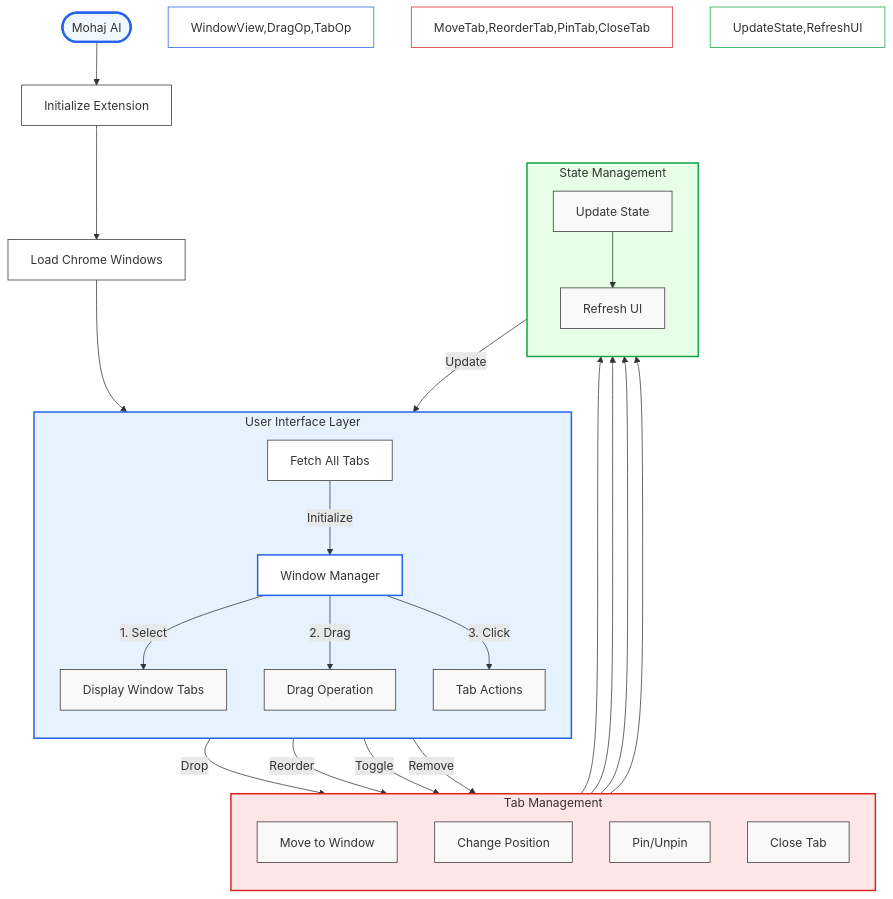
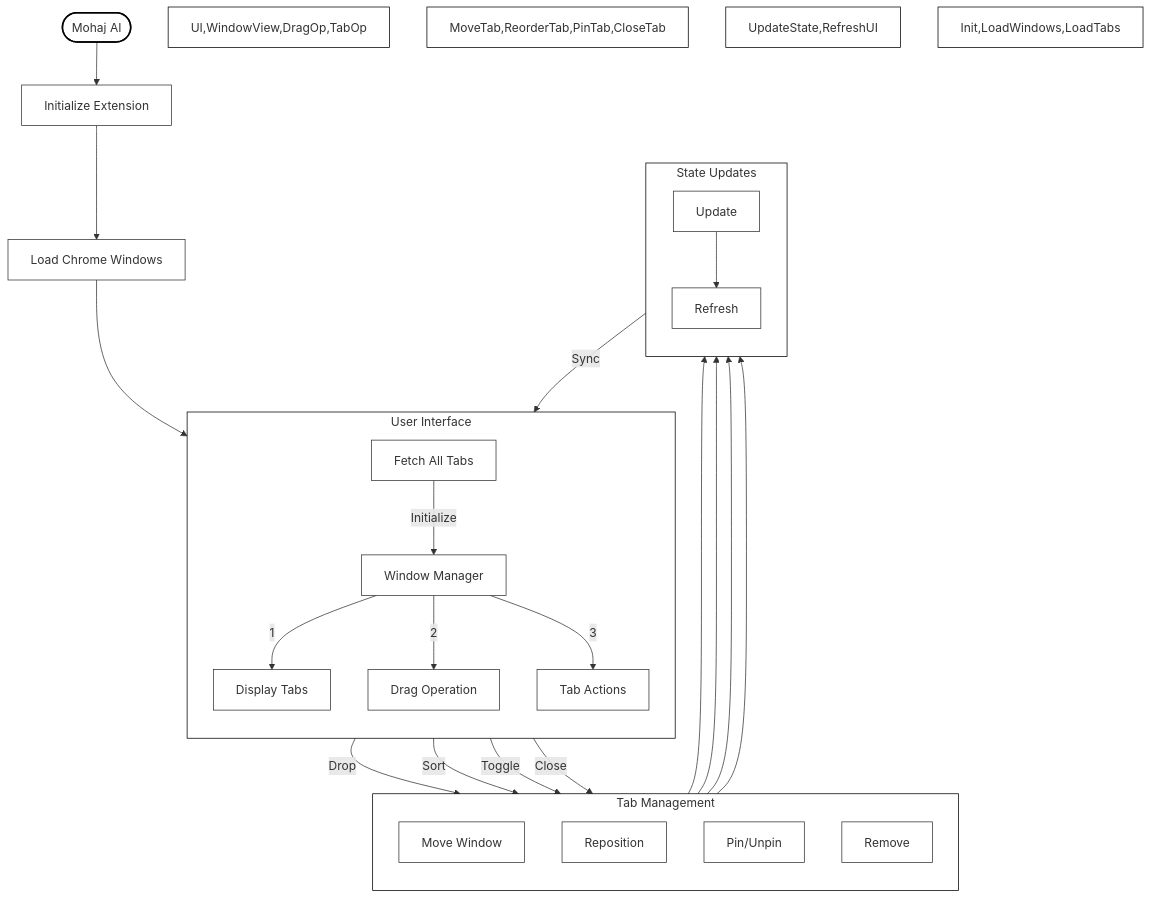
Before and after one commit to moelhaj996/AI-Powered-Tab-Manager-Organizer: the diagram in README.md, drawn with Mermaid.

````diff
--- a/README.md
+++ b/README.md
@@ -5,54 +5,50 @@
 ```mermaid
 flowchart TD
     %% Initialization Process
     Start([Mohaj AI]) --> Init[Initialize Extension]
     Init --> LoadWindows[Load Chrome Windows]
     LoadWindows --> LoadTabs[Fetch All Tabs]
     
-    %% User Interface Layer with rounded edges
-    subgraph User_Interface[" User Interface Layer "]
+    %% User Interface Layer
+    subgraph User_Interface[" User Interface "]
         direction TB
         LoadTabs --> |Initialize| UI[Window Manager]
-        UI --> |"1. Select"| WindowView["Display Window Tabs"]
-        UI --> |"2. Drag"| DragOp["Drag Operation"]
-        UI --> |"3. Click"| TabOp["Tab Actions"]
+        UI --> |"1"| WindowView["Display Tabs"]
+        UI --> |"2"| DragOp["Drag Operation"]
+        UI --> |"3"| TabOp["Tab Actions"]
     end
 
-    %% Tab Operations with clear actions
+    %% Tab Operations
     subgraph Tab_Operations[" Tab Management "]
         direction TB
-        DragOp --> |"Drop"| MoveTab["Move to Window"]
-        DragOp --> |"Reorder"| ReorderTab["Change Position"]
+        DragOp --> |"Drop"| MoveTab["Move Window"]
+        DragOp --> |"Sort"| ReorderTab["Reposition"]
         TabOp --> |"Toggle"| PinTab["Pin/Unpin"]
-        TabOp --> |"Remove"| CloseTab["Close Tab"]
+        TabOp --> |"Close"| CloseTab["Remove"]
     end
 
-    %% State Management with feedback loop
-    subgraph State_Updates[" State Management "]
+    %% State Management
+    subgraph State_Updates[" State Updates "]
         direction TB
-        MoveTab & ReorderTab & PinTab & CloseTab --> UpdateState["Update State"]
-        UpdateState --> RefreshUI["Refresh UI"]
-        RefreshUI --> |"Update"| UI
+        MoveTab & ReorderTab & PinTab & CloseTab --> UpdateState["Update"]
+        UpdateState --> RefreshUI["Refresh"]
+        RefreshUI --> |"Sync"| UI
     end
 
     %% Styling
-    classDef default fill:#f9f9f9,stroke:#333,stroke-width:1px
-    classDef start fill:#f0f8ff,stroke:#2563eb,stroke-width:3px
-    classDef process fill:#ffffff,stroke:#333,stroke-width:1px
+    classDef default fill:white,stroke:#333,stroke-width:1px
+    classDef start fill:white,stroke:#000,stroke-width:2px
     
     class Start start
-    class Init,LoadWindows,LoadTabs process
     
     %% Subgraph styling
-    style User_Interface fill:#e6f3ff,stroke:#2563eb,stroke-width:2px
-    style Tab_Operations fill:#ffe6e6,stroke:#dc2626,stroke-width:2px
-    style State_Updates fill:#e6ffe6,stroke:#16a34a,stroke-width:2px
+    style User_Interface fill:white,stroke:#000,stroke-width:1px
+    style Tab_Operations fill:white,stroke:#000,stroke-width:1px
+    style State_Updates fill:white,stroke:#000,stroke-width:1px
     
-    %% Node styling
-    style UI fill:#ffffff,stroke:#2563eb,stroke-width:2px
-    style WindowView,DragOp,TabOp fill:#ffffff,stroke:#2563eb,stroke-width:1px
-    
-    style MoveTab,ReorderTab,PinTab,CloseTab fill:#ffffff,stroke:#dc2626,stroke-width:1px
-    
-    style UpdateState,RefreshUI fill:#ffffff,stroke:#16a34a,stroke-width:1px
+    %% Node styling - all nodes white with black borders
+    style UI,WindowView,DragOp,TabOp fill:white,stroke:#000,stroke-width:1px
+    style MoveTab,ReorderTab,PinTab,CloseTab fill:white,stroke:#000,stroke-width:1px
+    style UpdateState,RefreshUI fill:white,stroke:#000,stroke-width:1px
+    style Init,LoadWindows,LoadTabs fill:white,stroke:#000,stroke-width:1px
 ```
````
